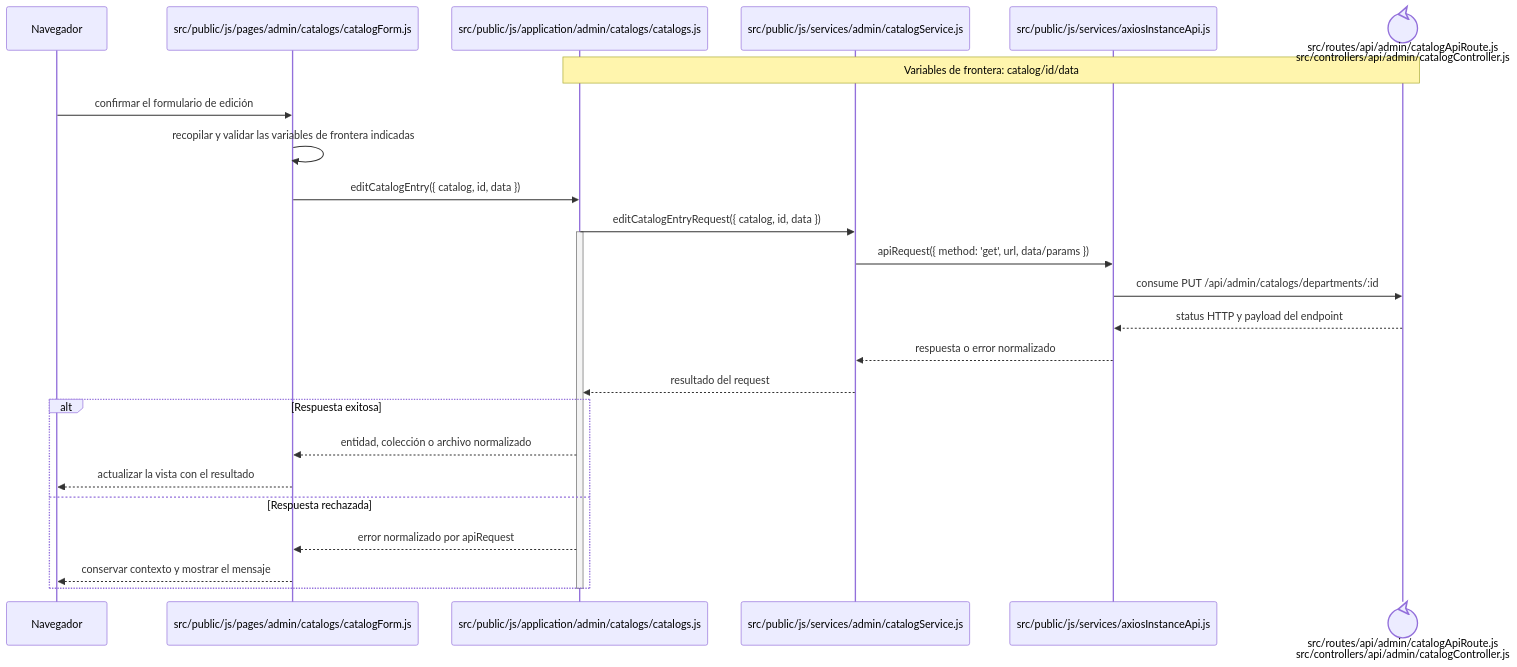
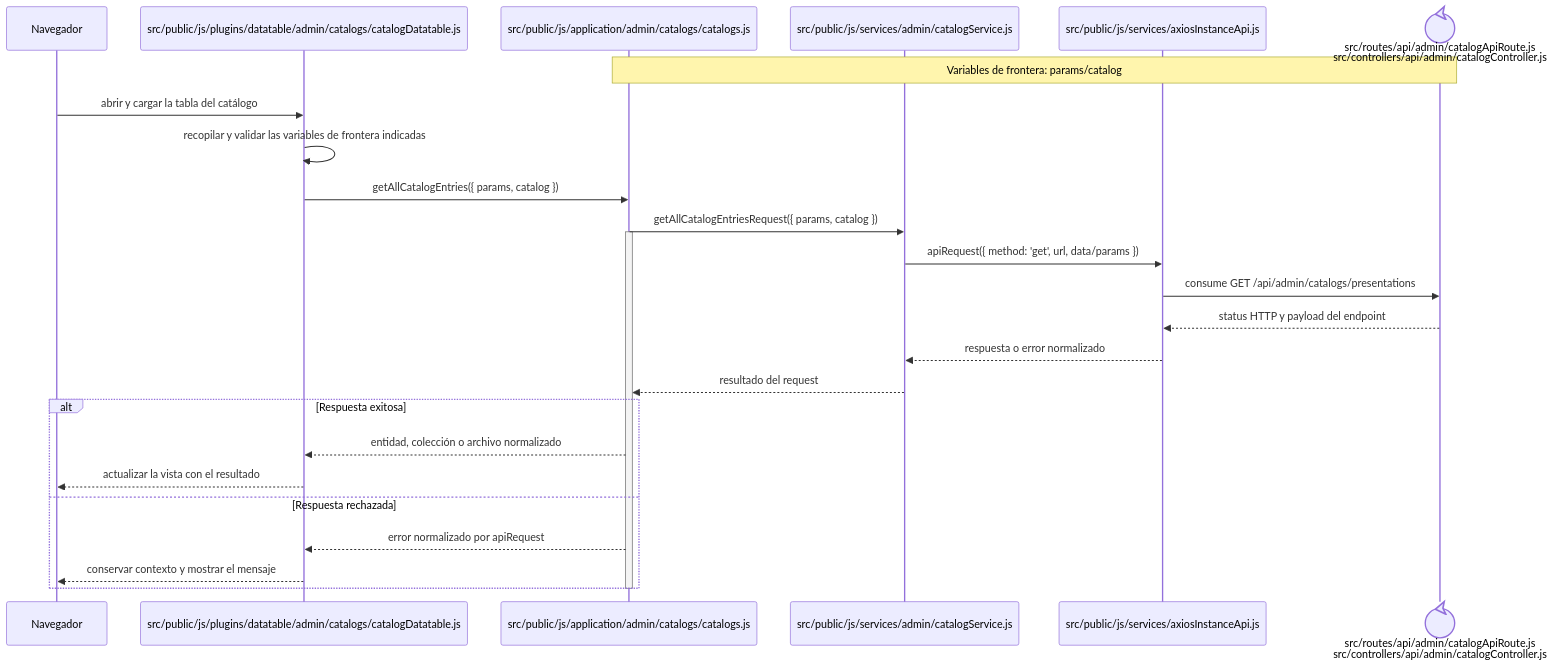
The diagram in docs/architecture/frontend-code-sequences/catalogs/cu-cat-33.md (gpgsistemas01/nexus), drawn with Mermaid before and after one commit. The commit also changed other lines of this file and 126 other files, not shown here.

````diff
--- a/docs/architecture/frontend-code-sequences/catalogs/cu-cat-33.md
+++ b/docs/architecture/frontend-code-sequences/catalogs/cu-cat-33.md
@@ -6,29 +6,29 @@
 ```mermaid
 sequenceDiagram
     participant Browser as Navegador
-    participant View as src/public/js/pages/admin/catalogs/catalogForm.js
+    participant View as src/public/js/plugins/datatable/admin/catalogs/catalogDatatable.js
     participant Application as src/public/js/application/admin/catalogs/catalogs.js
     participant Request as src/public/js/services/admin/catalogService.js
     participant HTTP as src/public/js/services/axiosInstanceApi.js
     participant Transport@{ "type": "control" } as src/routes/api/admin/catalogApiRoute.js<br/>src/controllers/api/admin/catalogController.js
-    Note over Application,Transport: Variables de frontera: catalog/id/data
+    Note over Application,Transport: Variables de frontera: params/catalog
 
-    Browser->>View: confirmar el formulario de edición
+    Browser->>View: abrir y cargar la tabla del catálogo
     View->>View: recopilar y validar las variables de frontera indicadas
-    View->>Application: editCatalogEntry({ catalog, id, data })
-    Application->>Request: editCatalogEntryRequest({ catalog, id, data })
+    View->>Application: getAllCatalogEntries({ params, catalog })
+    Application->>Request: getAllCatalogEntriesRequest({ params, catalog })
     activate Application
     Request->>HTTP: apiRequest({ method: 'get', url, data/params })
-    HTTP->>Transport: consume PUT /api/admin/catalogs/departments/:id
+    HTTP->>Transport: consume GET /api/admin/catalogs/presentations
     Transport-->>HTTP: status HTTP y payload del endpoint
     HTTP-->>Request: respuesta o error normalizado
     Request-->>Application: resultado del request
     alt Respuesta exitosa
         Application-->>View: entidad, colección o archivo normalizado
         View-->>Browser: actualizar la vista con el resultado
     else Respuesta rechazada
         Application-->>View: error normalizado por apiRequest
         View-->>Browser: conservar contexto y mostrar el mensaje
     end
     deactivate Application
 ```
````
